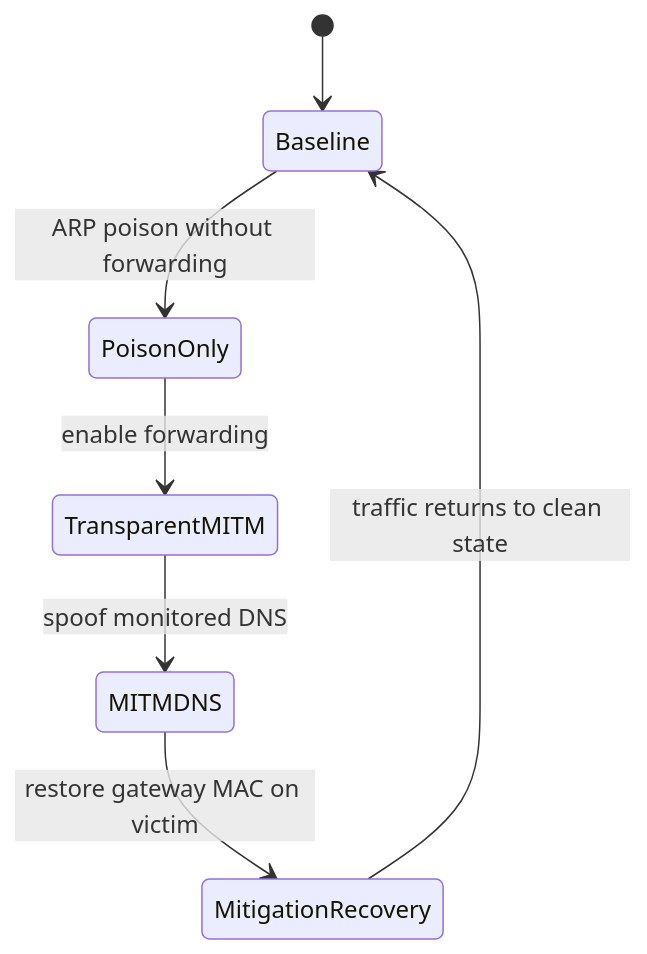
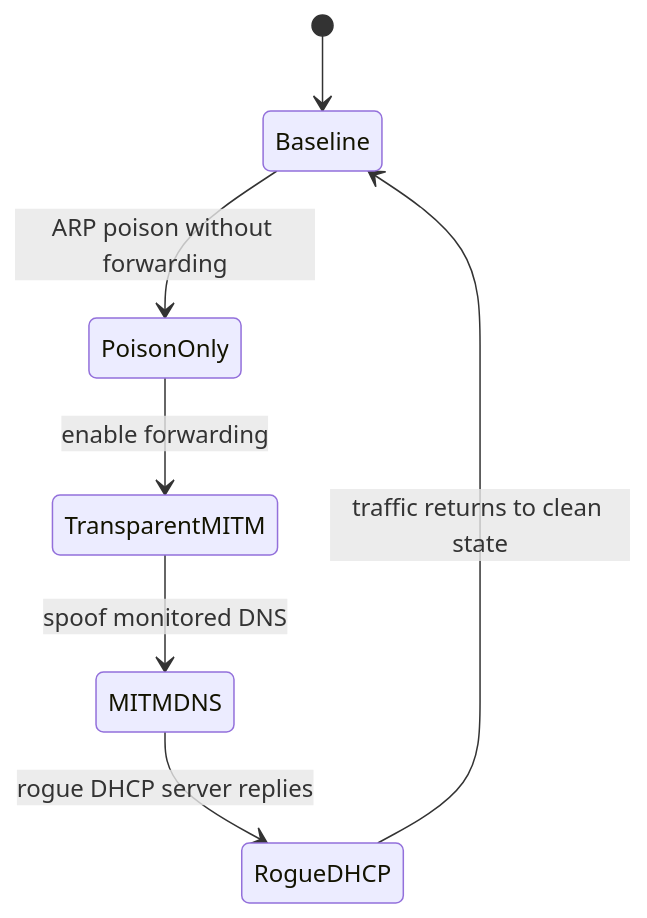
The diagram in docs/scenario-definitions.md (Drakonchyk/mad-mitm-in-lan), drawn with Mermaid before and after one commit. The commit also changed other lines of this file and 52 other files, not shown here.

````diff
--- a/docs/scenario-definitions.md
+++ b/docs/scenario-definitions.md
@@ -7,9 +7,9 @@
 ```mermaid
 stateDiagram-v2
     [*] --> Baseline
     Baseline --> PoisonOnly: ARP poison without forwarding
     PoisonOnly --> TransparentMITM: enable forwarding
     TransparentMITM --> MITMDNS: spoof monitored DNS
-    MITMDNS --> MitigationRecovery: restore gateway MAC on victim
-    MitigationRecovery --> Baseline: traffic returns to clean state
+    MITMDNS --> RogueDHCP: rogue DHCP server replies
+    RogueDHCP --> Baseline: traffic returns to clean state
 ```
````
